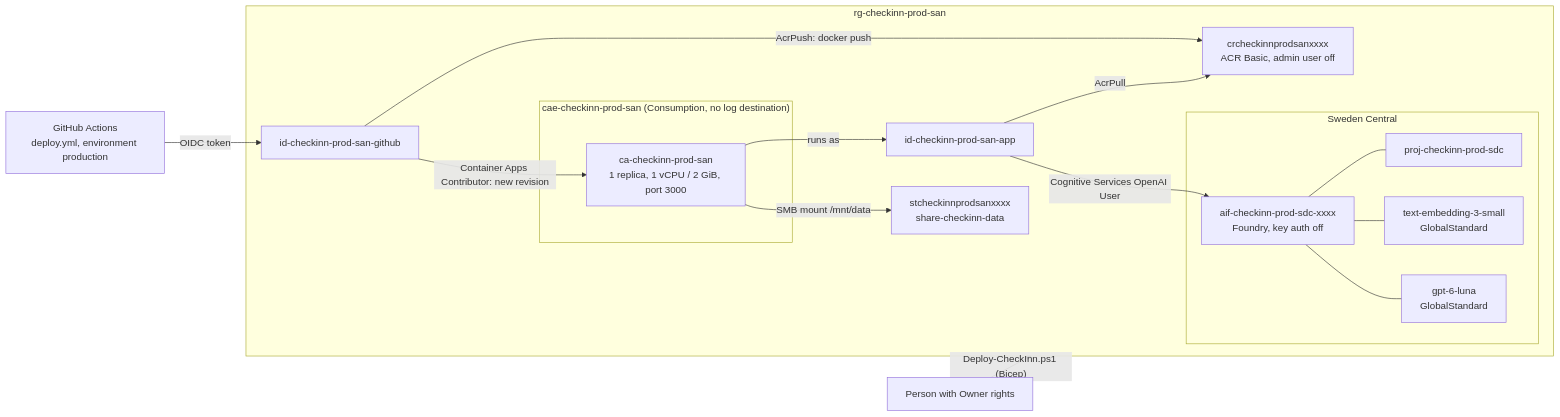
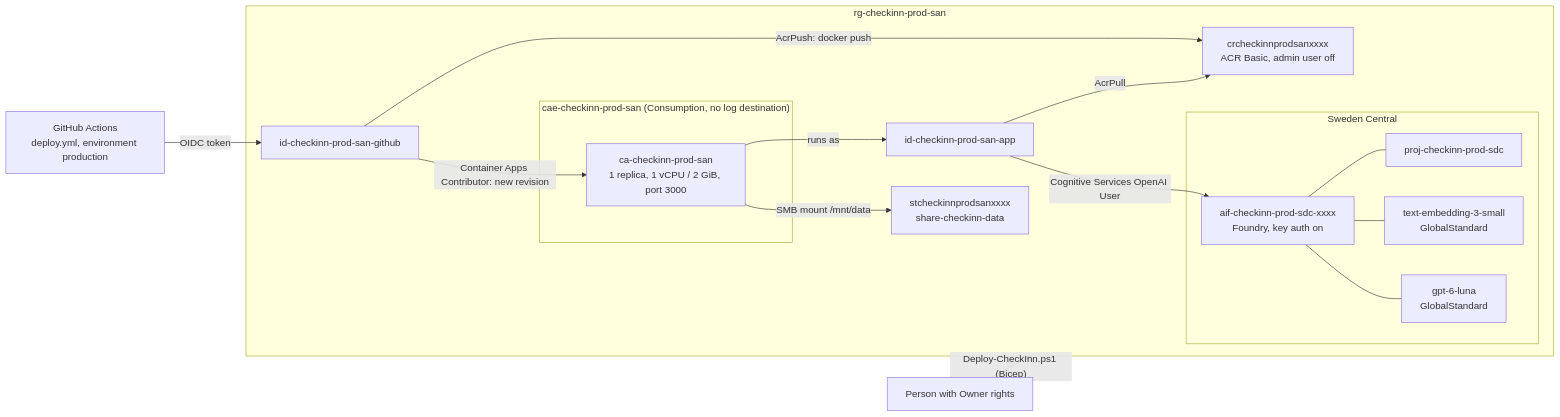
One commit to Dynamic-Visual-Technologies-PTY-LTD/checkinn changed the diagram in infra/README.md. Above: the diagram before and after it, drawn with Mermaid. The commit also changed other lines of this file and 1 other file, not shown here.

First line of the commit message:
feat(infra): allow key auth on the Foundry account

````diff
--- a/infra/README.md
+++ b/infra/README.md
@@ -9,29 +9,29 @@
 ```mermaid
 flowchart LR
   dev["Person with Owner rights"] -- "Deploy-CheckInn.ps1 (Bicep)" --> rg
   subgraph rg["rg-checkinn-prod-san"]
     subgraph cae["cae-checkinn-prod-san (Consumption, no log destination)"]
       ca["ca-checkinn-prod-san<br/>1 replica, 1 vCPU / 2 GiB, port 3000"]
     end
     cr["crcheckinnprodsanxxxx<br/>ACR Basic, admin user off"]
     st["stcheckinnprodsanxxxx<br/>share-checkinn-data"]
     idapp["id-checkinn-prod-san-app"]
     idgh["id-checkinn-prod-san-github"]
     subgraph sdc["Sweden Central"]
-      aif["aif-checkinn-prod-sdc-xxxx<br/>Foundry, key auth off"]
+      aif["aif-checkinn-prod-sdc-xxxx<br/>Foundry, key auth on"]
       proj["proj-checkinn-prod-sdc"]
       emb["text-embedding-3-small<br/>GlobalStandard"]
       chat["gpt-6-luna<br/>GlobalStandard"]
       aif --- proj
       aif --- emb
       aif --- chat
     end
   end
   ca -- "runs as" --> idapp
   idapp -- "AcrPull" --> cr
   idapp -- "Cognitive Services OpenAI User" --> aif
   ca -- "SMB mount /mnt/data" --> st
   gh["GitHub Actions<br/>deploy.yml, environment production"] -- "OIDC token" --> idgh
   idgh -- "AcrPush: docker push" --> cr
   idgh -- "Container Apps Contributor: new revision" --> ca
 ```
````
